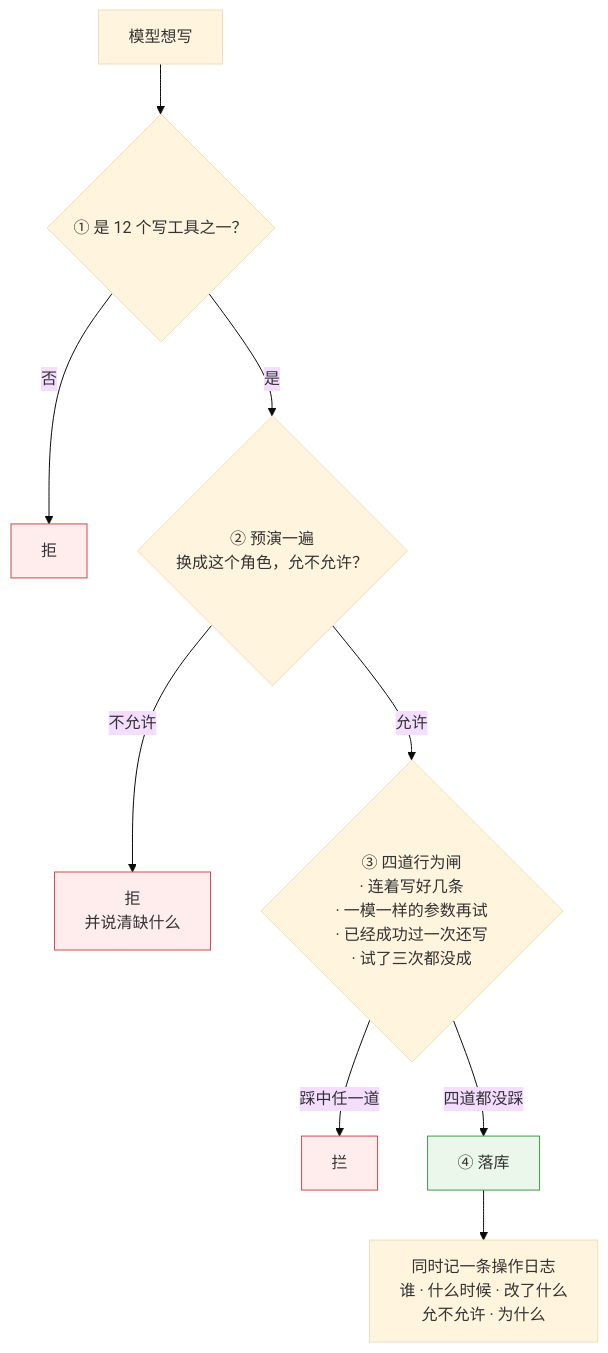
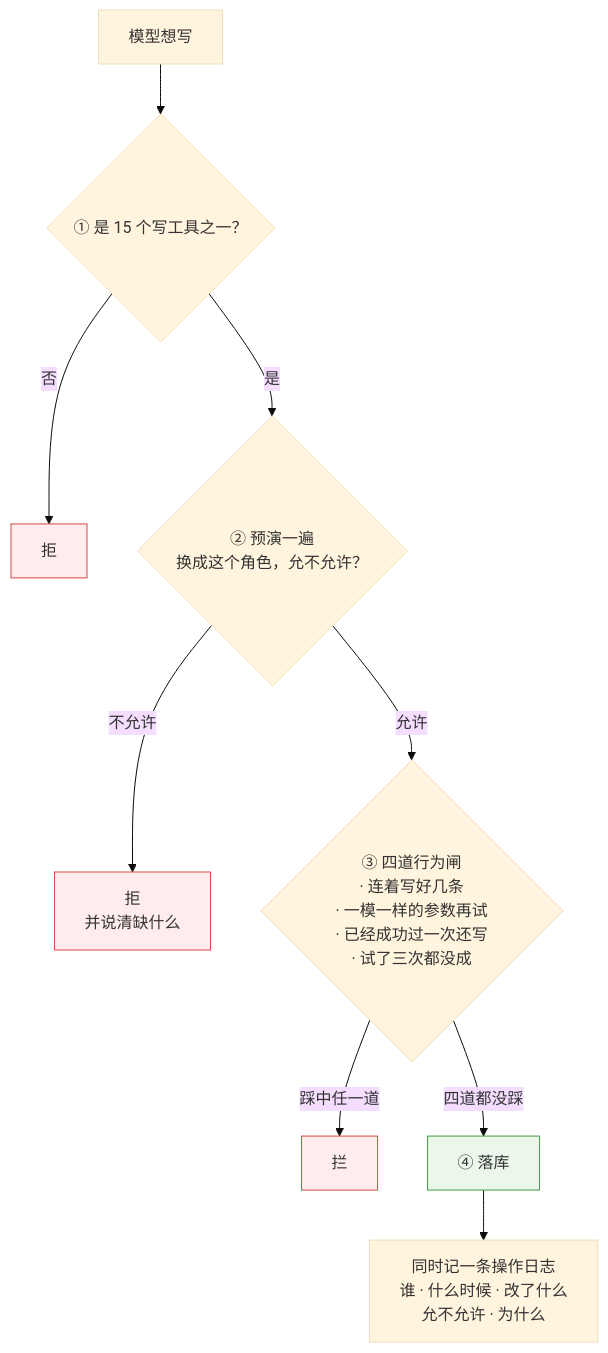
One commit to 843773296-rgb/lanxiu-yunshang-agent changed the second of 3 diagrams in 澜绣云裳agent-产品说明.md. Above: the diagram before and after it, drawn with Mermaid (base theme). The commit also changed other lines of this file and 17 other files, not shown here.

````diff
--- a/澜绣云裳agent-产品说明.md
+++ b/澜绣云裳agent-产品说明.md
@@ -268,16 +268,16 @@
 ```mermaid
 flowchart TD
-    A["模型想写"] --> B{"① 是 12 个写工具之一？"}
+    A["模型想写"] --> B{"① 是 15 个写工具之一？"}
     B -- 否 --> X1["拒"]
     B -- 是 --> C{"② 预演一遍<br/>换成这个角色，允不允许？"}
     C -- 不允许 --> X2["拒<br/>并说清缺什么"]
     C -- 允许 --> D{"③ 四道行为闸<br/>· 连着写好几条<br/>· 一模一样的参数再试<br/>· 已经成功过一次还写<br/>· 试了三次都没成"}
     D -- "踩中任一道" --> X3["拦"]
     D -- "四道都没踩" --> E["④ 落库"]
     E --> F["同时记一条操作日志<br/>谁 · 什么时候 · 改了什么<br/>允不允许 · 为什么"]
 
     style X1 fill:#ffecec,stroke:#d24a4a
     style X2 fill:#ffecec,stroke:#d24a4a
     style X3 fill:#ffecec,stroke:#d24a4a
     style E fill:#eaf7ea,stroke:#3f9c42
 ```
````
